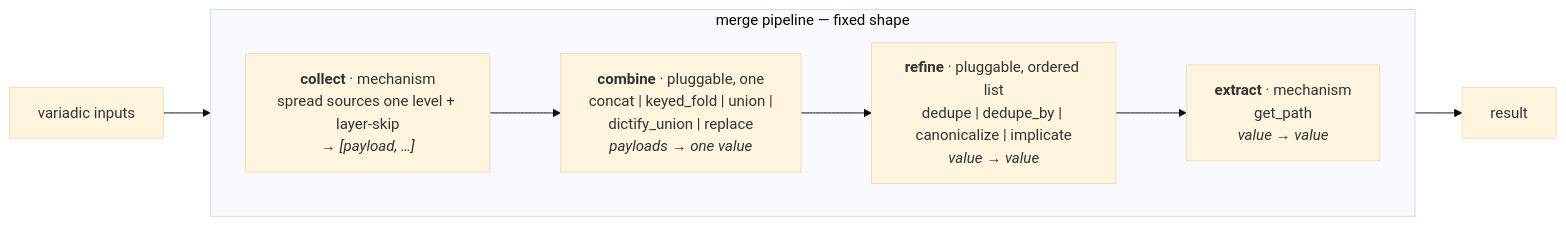
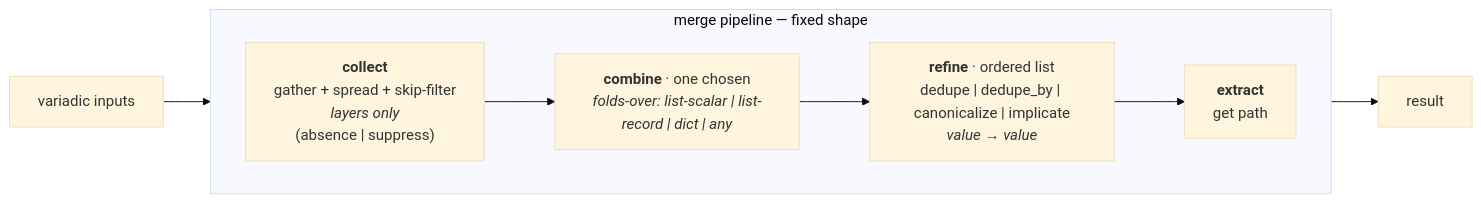
Before and after one commit to rektide/compfuzor: the diagram in .design/merge-star/draft1.glm52.md, drawn with Mermaid (base theme). The commit also changed other lines of this file, not shown here.

````diff
--- a/.design/merge-star/draft1.glm52.md
+++ b/.design/merge-star/draft1.glm52.md
@@ -116,13 +221,13 @@
 ```mermaid
 flowchart LR
   in[variadic inputs] --> collect
   subgraph pipe["merge pipeline — fixed shape"]
     direction LR
-    collect["<b>collect</b> · mechanism<br/>spread sources one level + layer-skip<br/><i>→ [payload, …]</i>"]
-    combine["<b>combine</b> · pluggable, one<br/>concat | keyed_fold | union |<br/>dictify_union | replace<br/><i>payloads → one value</i>"]
-    refine["<b>refine</b> · pluggable, ordered list<br/>dedupe | dedupe_by | canonicalize | implicate<br/><i>value → value</i>"]
-    extract["<b>extract</b> · mechanism<br/>get_path<br/><i>value → value</i>"]
+    collect["<b>collect</b><br/>gather + spread + skip-filter<br/><i>layers only</i><br/>(absence | suppress)"]
+    combine["<b>combine</b> · one chosen<br/><i>folds-over: list-scalar | list-record | dict | any</i>"]
+    refine["<b>refine</b> · ordered list<br/>dedupe | dedupe_by | canonicalize | implicate<br/><i>value → value</i>"]
+    extract["<b>extract</b><br/>get path"]
     collect --> combine --> refine --> extract
   end
   extract --> out[result]
 ```
````
